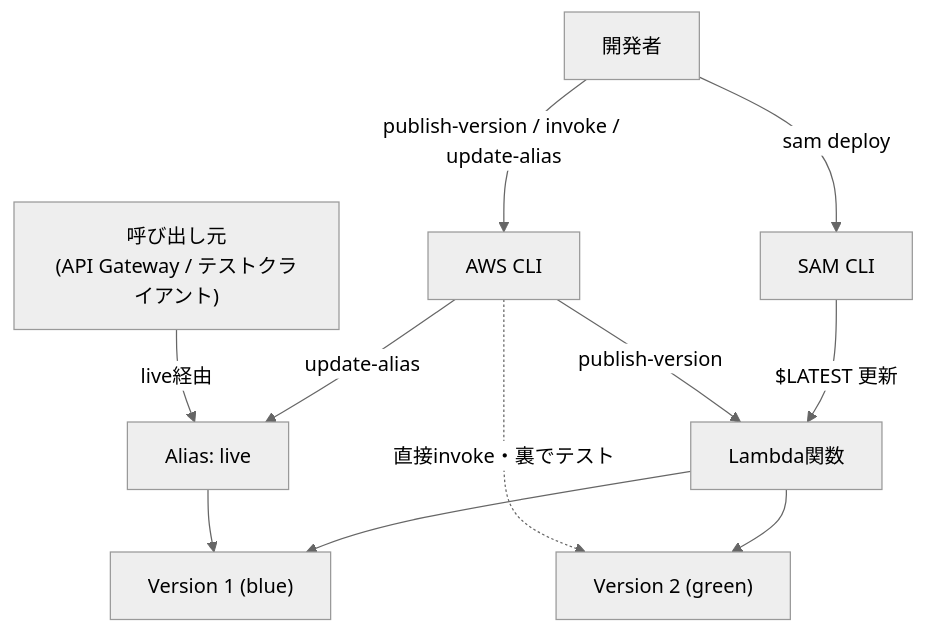
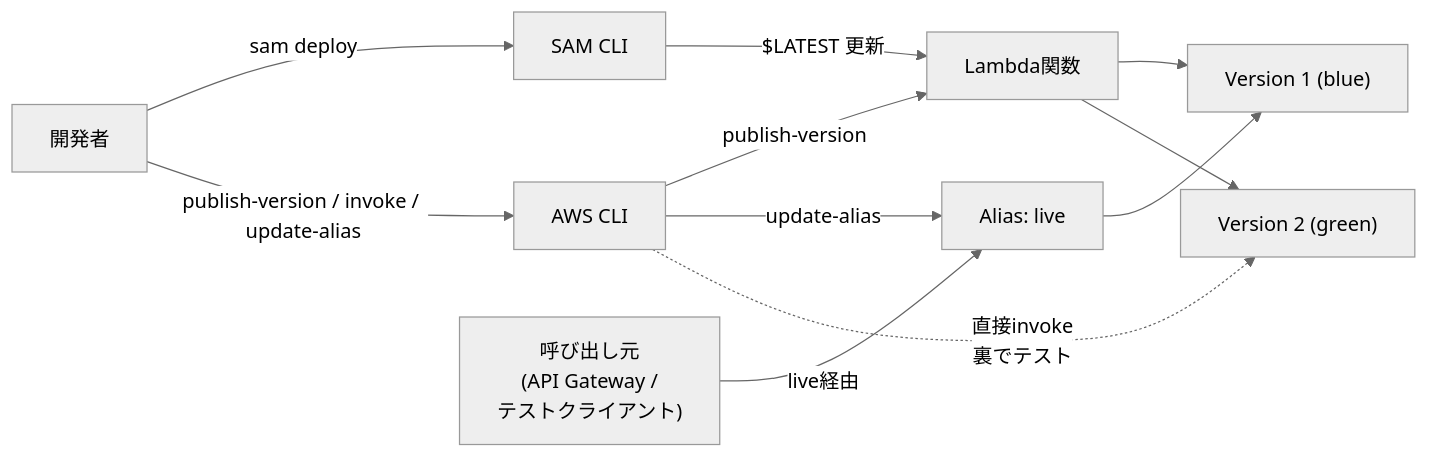
The first of 3 diagrams in docs/PLAN.md (takyafumin/aws-lambada-blue-green-deploy), drawn with Mermaid (neutral theme) before and after one commit. The commit also changed other lines of this file, not shown here.

First line of the commit message:
Lambda関数・Version・Aliasの関係を示す図を追加

````diff
--- a/docs/PLAN.md
+++ b/docs/PLAN.md
@@ -56,19 +56,17 @@
 ```mermaid
-flowchart TD
+flowchart LR
     Dev["開発者"]
-    Caller["呼び出し元<br/>(API Gateway / テストクライアント)"]
 
     Dev -->|"sam deploy"| SAM["SAM CLI"]
     Dev -->|"publish-version / invoke / update-alias"| CLI["AWS CLI"]
+    Caller["呼び出し元<br/>(API Gateway /<br/>テストクライアント)"] -->|"live経由"| ALIAS
 
     SAM -->|"$LATEST 更新"| FN["Lambda関数"]
     CLI -->|"publish-version"| FN
+    CLI -->|"update-alias"| ALIAS["Alias: live"]
+    CLI -. "直接invoke<br/>裏でテスト" .-> V2
+
     FN --> V1["Version 1 (blue)"]
     FN --> V2["Version 2 (green)"]
-
-    CLI -. "直接invoke・裏でテスト" .-> V2
-    CLI -->|"update-alias"| ALIAS["Alias: live"]
     ALIAS --> V1
-
-    Caller -->|"live経由"| ALIAS
 ```
````
